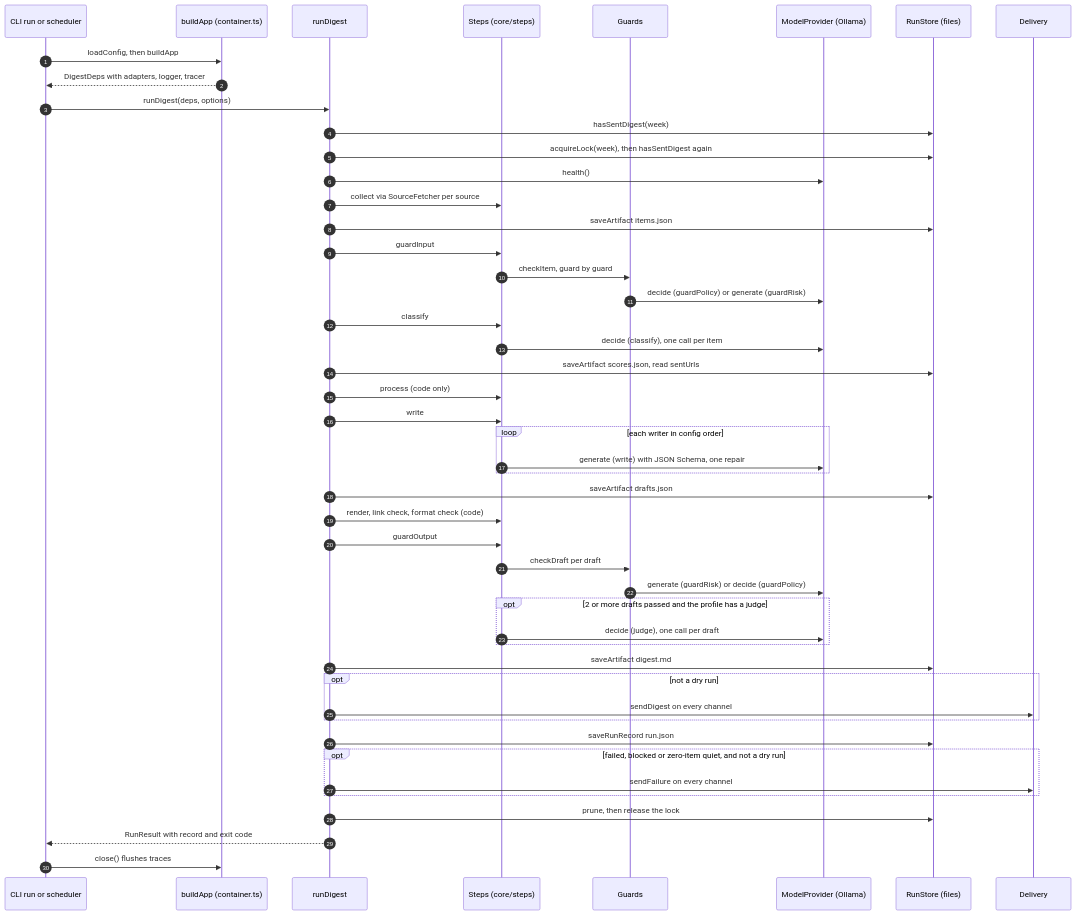
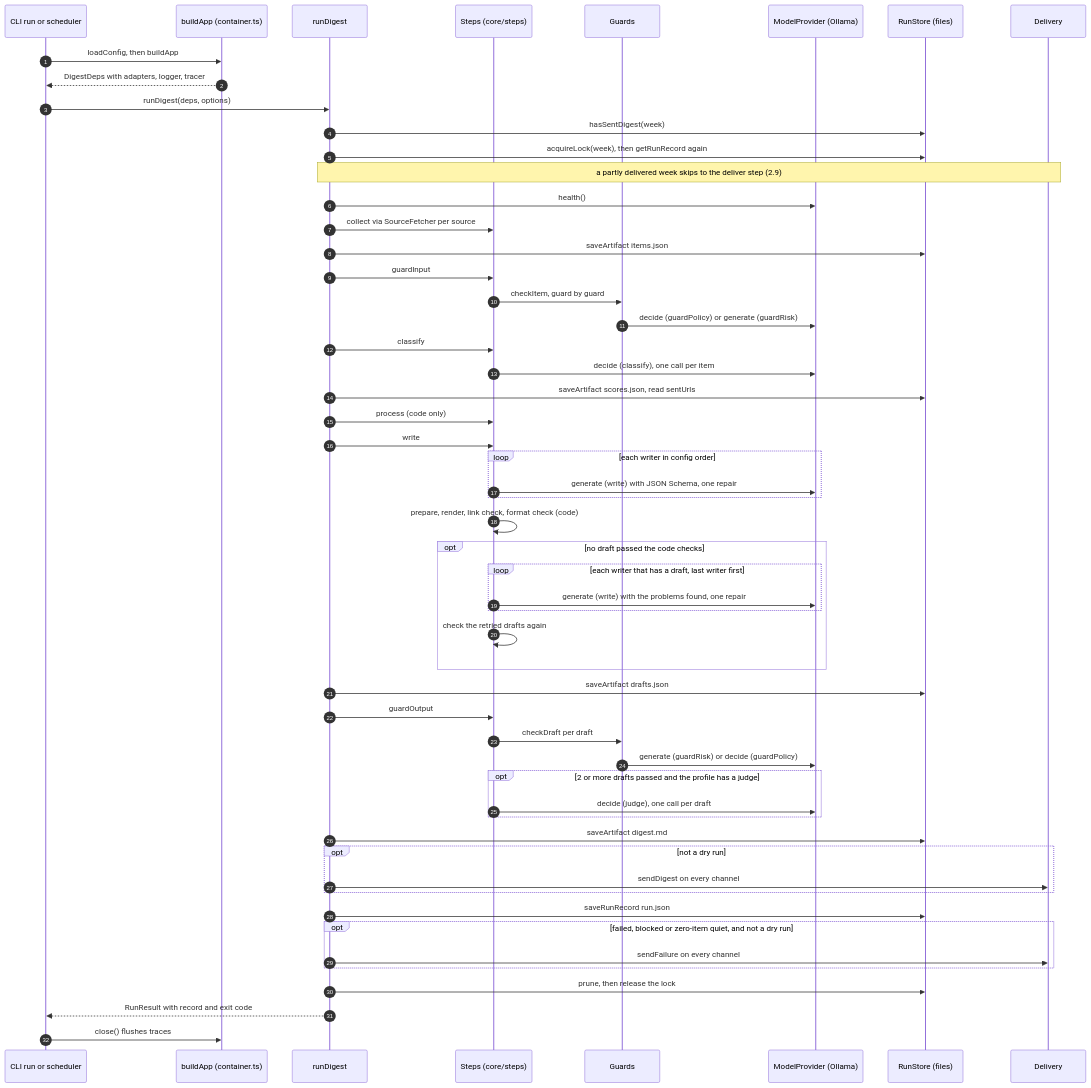
Before and after one commit to odere-pro/weekly-engineering-digest-agent: the fourth of 10 diagrams in docs/system-design.md, drawn with Mermaid. The commit also changed other lines of this file and 4 other files, not shown here.

````diff
--- a/docs/system-design.md
+++ b/docs/system-design.md
@@ -430,50 +570,57 @@
 ```mermaid
 sequenceDiagram
   autonumber
   participant EP as CLI run or scheduler
   participant APP as buildApp (container.ts)
   participant RD as runDigest
   participant ST as Steps (core/steps)
   participant GD as Guards
   participant MP as ModelProvider (Ollama)
   participant RS as RunStore (files)
   participant DL as Delivery
   EP->>APP: loadConfig, then buildApp
   APP-->>EP: DigestDeps with adapters, logger, tracer
   EP->>RD: runDigest(deps, options)
   RD->>RS: hasSentDigest(week)
-  RD->>RS: acquireLock(week), then hasSentDigest again
+  RD->>RS: acquireLock(week), then getRunRecord again
+  Note over RD,DL: a partly delivered week skips to the deliver step (2.9)
   RD->>MP: health()
   RD->>ST: collect via SourceFetcher per source
   RD->>RS: saveArtifact items.json
   RD->>ST: guardInput
   ST->>GD: checkItem, guard by guard
   GD->>MP: decide (guardPolicy) or generate (guardRisk)
   RD->>ST: classify
   ST->>MP: decide (classify), one call per item
   RD->>RS: saveArtifact scores.json, read sentUrls
   RD->>ST: process (code only)
   RD->>ST: write
   loop each writer in config order
     ST->>MP: generate (write) with JSON Schema, one repair
   end
+  ST->>ST: prepare, render, link check, format check (code)
+  opt no draft passed the code checks
+    loop each writer that has a draft, last writer first
+      ST->>MP: generate (write) with the problems found, one repair
+    end
+    ST->>ST: check the retried drafts again
+  end
   RD->>RS: saveArtifact drafts.json
-  RD->>ST: render, link check, format check (code)
   RD->>ST: guardOutput
   ST->>GD: checkDraft per draft
   GD->>MP: generate (guardRisk) or decide (guardPolicy)
   opt 2 or more drafts passed and the profile has a judge
     ST->>MP: decide (judge), one call per draft
   end
   RD->>RS: saveArtifact digest.md
   opt not a dry run
     RD->>DL: sendDigest on every channel
   end
   RD->>RS: saveRunRecord run.json
   opt failed, blocked or zero-item quiet, and not a dry run
     RD->>DL: sendFailure on every channel
   end
   RD->>RS: prune, then release the lock
   RD-->>EP: RunResult with record and exit code
   EP->>APP: close() flushes traces
 ```
````
